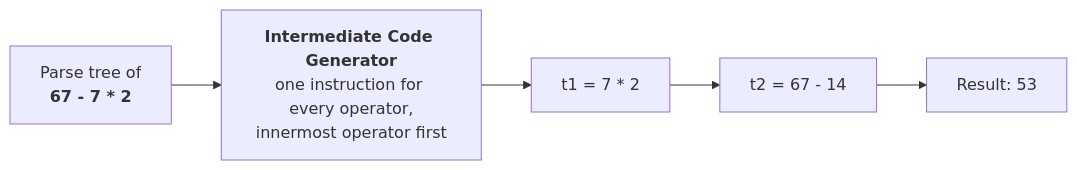
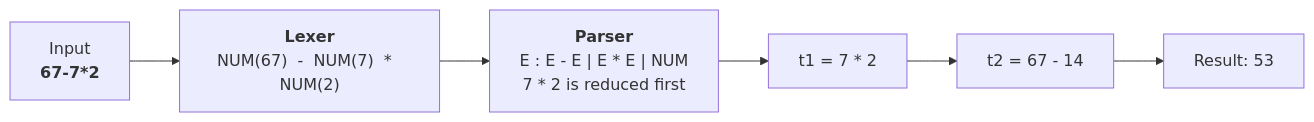
The second of 2 diagrams in README.md (ananyamarghade/Compiler-Construction-Lab), drawn with Mermaid before and after one commit. The commit also changed other lines of this file, not shown here.

````diff
--- a/README.md
+++ b/README.md
@@ -130,7 +469,8 @@
 ```mermaid
 flowchart LR
-    TREE["Parse tree of<br/><b>67 - 7 * 2</b>"] --> ICG["<b>Intermediate Code Generator</b><br/>one instruction for every operator,<br/>innermost operator first"]
-    ICG --> I1["t1 = 7 * 2"]
+    SRC["Input<br/><b>67-7*2</b>"] --> LA["<b>Lexer</b><br/>NUM(67)  -  NUM(7)  *  NUM(2)"]
+    LA --> PA["<b>Parser</b><br/>E : E - E  |  E * E  |  NUM<br/>7 * 2 is reduced first"]
+    PA --> I1["t1 = 7 * 2"]
     I1 --> I2["t2 = 67 - 14"]
     I2 --> RES["Result: 53"]
 ```
````
